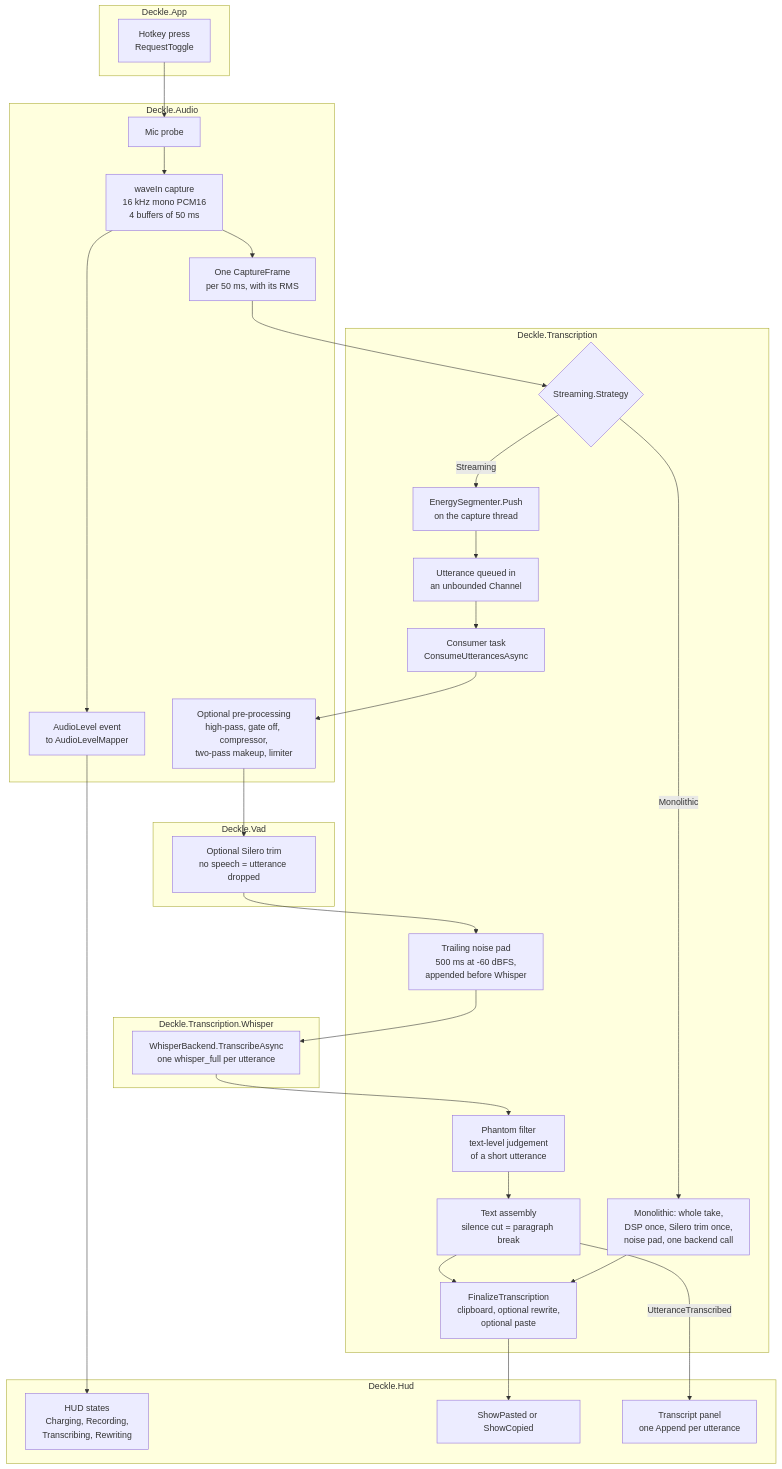
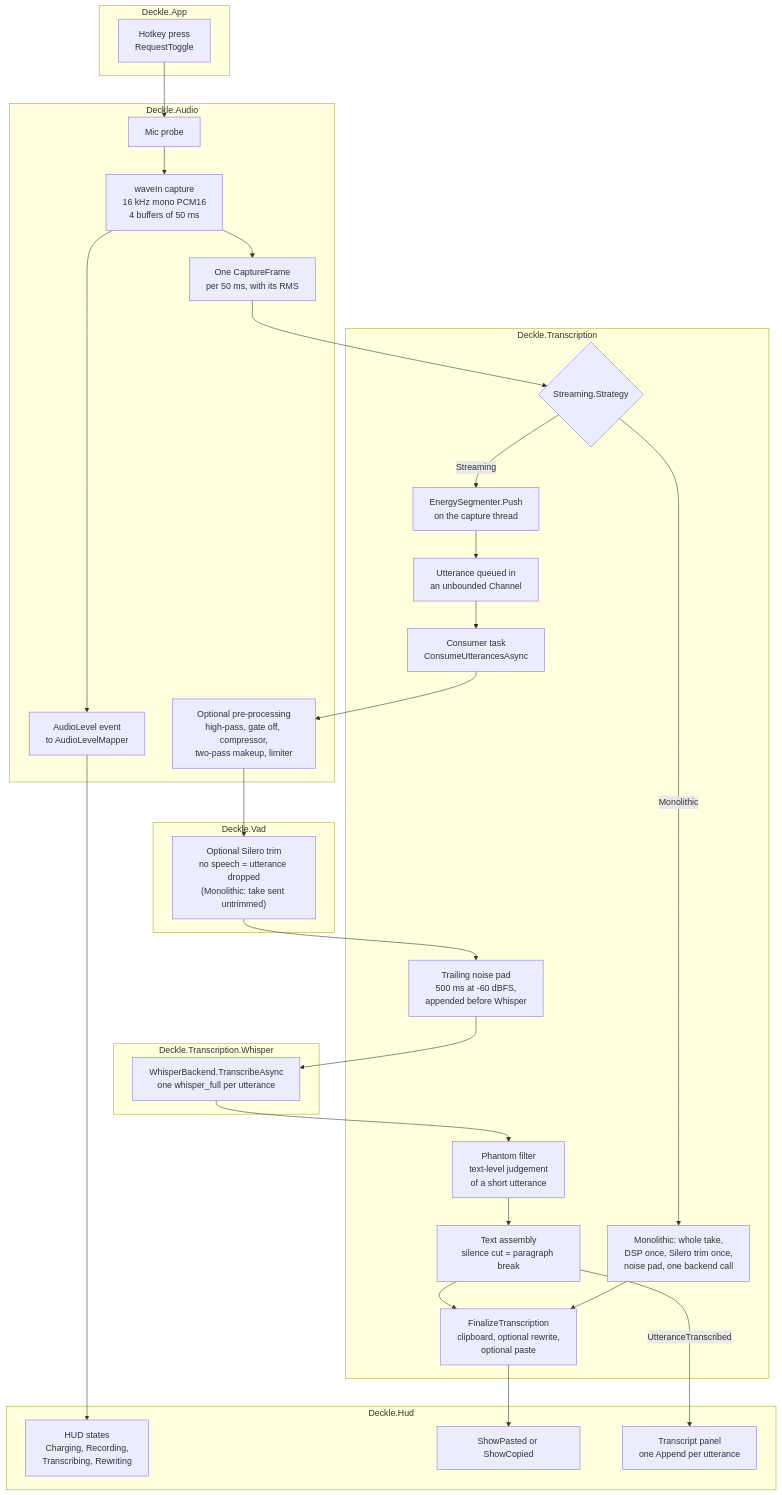
Before and after one commit to louisfifre/deckle: the first of 3 diagrams in docs/transcription-audio-chain.md, drawn with Mermaid. The commit also changed other lines of this file and 25 other files, not shown here.

````diff
--- a/docs/transcription-audio-chain.md
+++ b/docs/transcription-audio-chain.md
@@ -36,48 +36,48 @@
 ```mermaid
 flowchart TD
     subgraph APP["Deckle.App"]
         HK["Hotkey press<br/>RequestToggle"]
     end
 
     subgraph AUDIO["Deckle.Audio"]
         PROBE["Mic probe"]
         CAP["waveIn capture<br/>16 kHz mono PCM16<br/>4 buffers of 50 ms"]
         FRAME["One CaptureFrame<br/>per 50 ms, with its RMS"]
         LEVEL["AudioLevel event<br/>to AudioLevelMapper"]
         DSP["Optional pre-processing<br/>high-pass, gate off, compressor,<br/>two-pass makeup, limiter"]
     end
 
     subgraph TRANS["Deckle.Transcription"]
         FORK{"Streaming.Strategy"}
         SEG["EnergySegmenter.Push<br/>on the capture thread"]
         CHAN["Utterance queued in<br/>an unbounded Channel"]
         CONS["Consumer task<br/>ConsumeUtterancesAsync"]
         PAD["Trailing noise pad<br/>500 ms at -60 dBFS,<br/>appended before Whisper"]
         PHANTOM["Phantom filter<br/>text-level judgement<br/>of a short utterance"]
         ASSEMBLE["Text assembly<br/>silence cut = paragraph break"]
         MONO["Monolithic: whole take,<br/>DSP once, Silero trim once,<br/>noise pad, one backend call"]
         FIN["FinalizeTranscription<br/>clipboard, optional rewrite,<br/>optional paste"]
     end
 
     subgraph VAD["Deckle.Vad"]
-        TRIM["Optional Silero trim<br/>no speech = utterance dropped"]
+        TRIM["Optional Silero trim<br/>no speech = utterance dropped<br/>(Monolithic: take sent untrimmed)"]
     end
 
     subgraph WHISPER["Deckle.Transcription.Whisper"]
         ASR["WhisperBackend.TranscribeAsync<br/>one whisper_full per utterance"]
     end
 
     subgraph HUDM["Deckle.Hud"]
         HUD["HUD states<br/>Charging, Recording,<br/>Transcribing, Rewriting"]
         OUT["ShowPasted or ShowCopied"]
         PANEL["Transcript panel<br/>one Append per utterance"]
     end
 
     HK --> PROBE --> CAP --> FRAME --> FORK
     CAP --> LEVEL --> HUD
     FORK -- Streaming --> SEG --> CHAN --> CONS
     CONS --> DSP --> TRIM --> PAD --> ASR --> PHANTOM --> ASSEMBLE --> FIN
     ASSEMBLE -- UtteranceTranscribed --> PANEL
     FORK -- Monolithic --> MONO --> FIN
     FIN --> OUT
 ```
````
